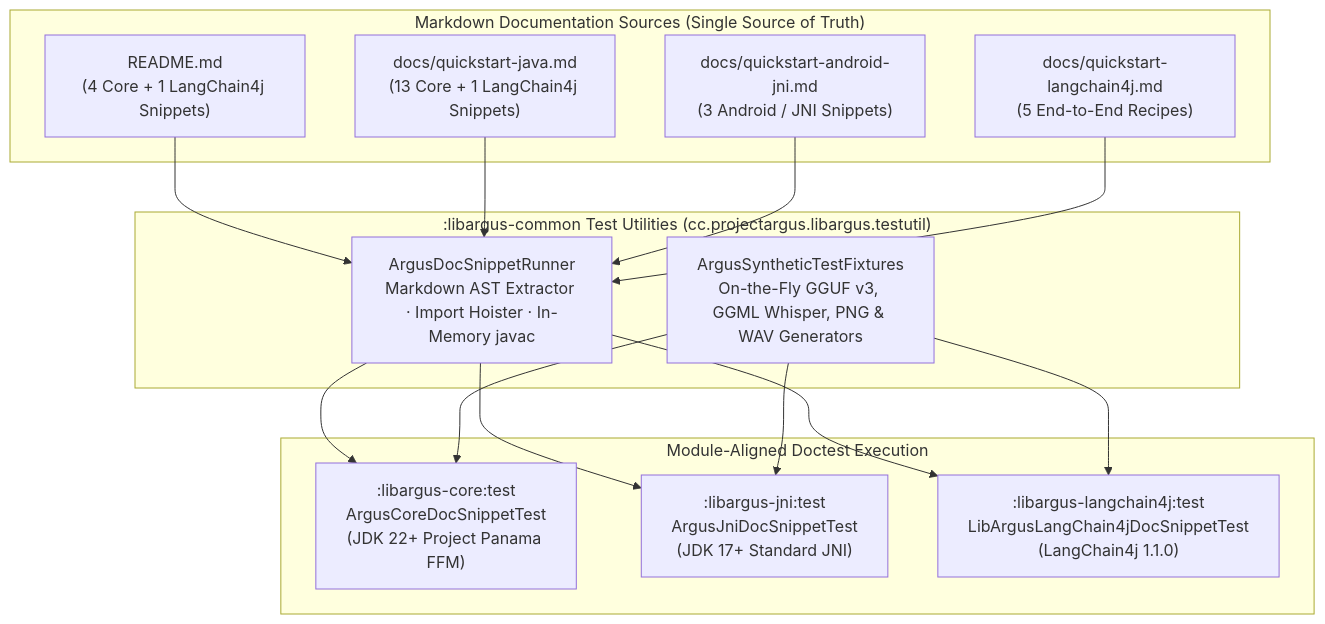
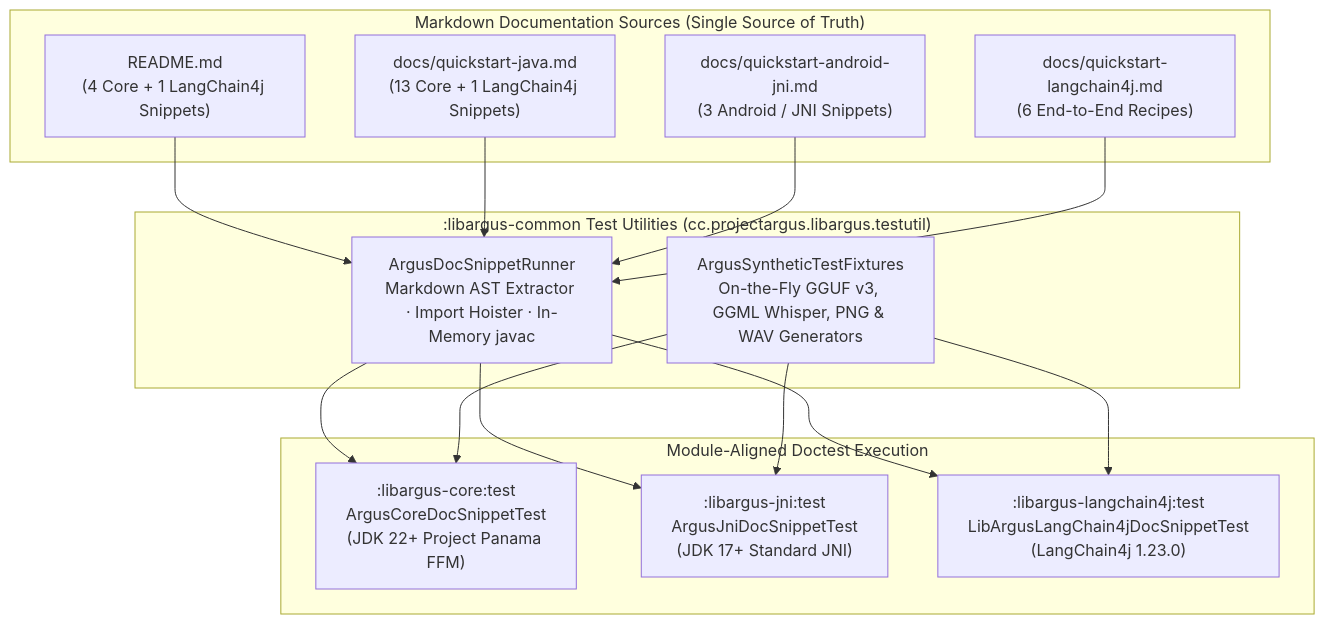
One commit to ProjectArgus-cc/libargus.cc changed the diagram in docs/executable-doctests-and-synthetic-models.md. Above: the diagram before and after it, drawn with Mermaid. The commit also changed other lines of this file and 23 other files, not shown here.

First line of the commit message:
feat(langchain4j,release): upgrade libargus-langchain4j to LangChain4j 1.23.0 and bump version to 2.4.0

````diff
--- a/docs/executable-doctests-and-synthetic-models.md
+++ b/docs/executable-doctests-and-synthetic-models.md
@@ -25,32 +25,32 @@
 ```mermaid
 flowchart TD
     subgraph DOCS["Markdown Documentation Sources (Single Source of Truth)"]
         README["README.md<br/>(4 Core + 1 LangChain4j Snippets)"]
         QS_JAVA["docs/quickstart-java.md<br/>(13 Core + 1 LangChain4j Snippets)"]
         QS_AND["docs/quickstart-android-jni.md<br/>(3 Android / JNI Snippets)"]
-        QS_LC4J["docs/quickstart-langchain4j.md<br/>(5 End-to-End Recipes)"]
+        QS_LC4J["docs/quickstart-langchain4j.md<br/>(6 End-to-End Recipes)"]
     end
 
     subgraph COMMON_TEST[":libargus-common Test Utilities (cc.projectargus.libargus.testutil)"]
         RUNNER["ArgusDocSnippetRunner<br/>Markdown AST Extractor · Import Hoister · In-Memory javac"]
         SYNTH["ArgusSyntheticTestFixtures<br/>On-the-Fly GGUF v3, GGML Whisper, PNG & WAV Generators"]
     end
 
     subgraph MODULE_SUITES["Module-Aligned Doctest Execution"]
         CORE_TEST[":libargus-core:test<br/>ArgusCoreDocSnippetTest<br/>(JDK 22+ Project Panama FFM)"]
         JNI_TEST[":libargus-jni:test<br/>ArgusJniDocSnippetTest<br/>(JDK 17+ Standard JNI)"]
-        LC4J_TEST[":libargus-langchain4j:test<br/>LibArgusLangChain4jDocSnippetTest<br/>(LangChain4j 1.1.0)"]
+        LC4J_TEST[":libargus-langchain4j:test<br/>LibArgusLangChain4jDocSnippetTest<br/>(LangChain4j 1.23.0)"]
     end
 
     README --> RUNNER
     QS_JAVA --> RUNNER
     QS_AND --> RUNNER
     QS_LC4J --> RUNNER
 
     RUNNER --> CORE_TEST
     SYNTH --> CORE_TEST
     RUNNER --> JNI_TEST
     SYNTH --> JNI_TEST
     RUNNER --> LC4J_TEST
     SYNTH --> LC4J_TEST
 ```
````
